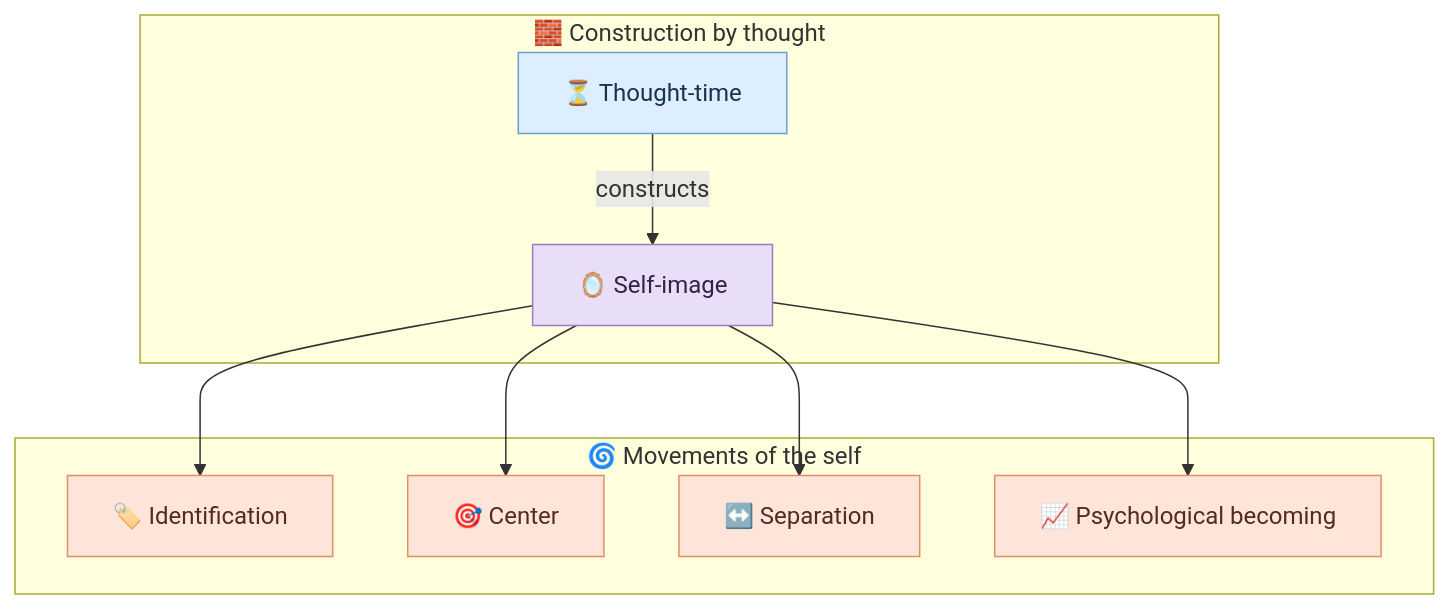
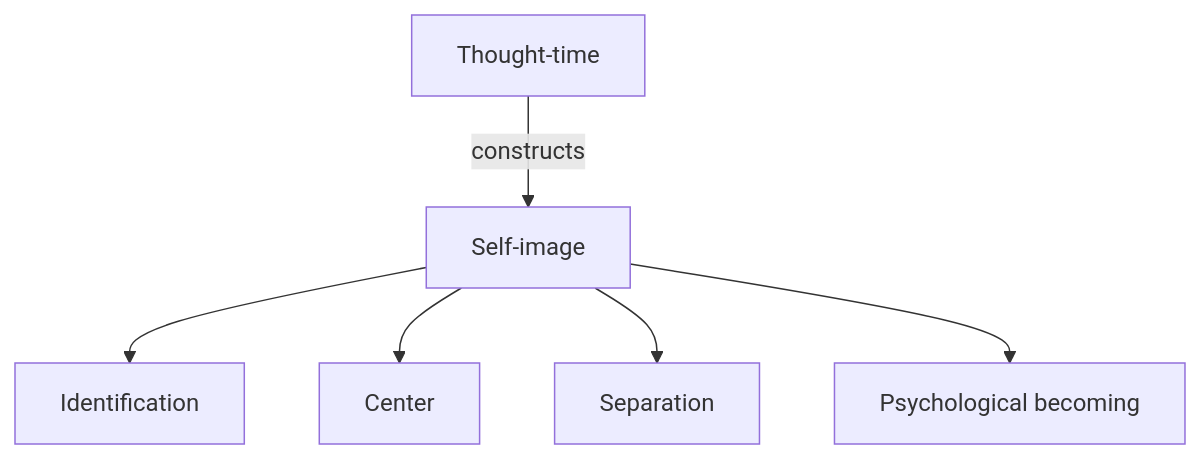
One commit to enogrob/enogrob.github.io changed the fourth of 8 diagrams in _posts/2026-09-08-architecture-of-the-mind-krishnamurti.md. Above: the diagram before and after it, drawn with Mermaid. The commit also changed other lines of this file and 3 other files, not shown here.

````diff
--- a/_posts/2026-09-08-architecture-of-the-mind-krishnamurti.md
+++ b/_posts/2026-09-08-architecture-of-the-mind-krishnamurti.md
@@ -209,20 +112,8 @@
 ```mermaid!
 flowchart TD
-    subgraph CONSTRUCTION["🧱 Construction by thought"]
-      T["⏳ Thought-time"] -->|constructs| S["🪞 Self-image"]
-    end
-
-    subgraph MOVEMENTS["🌀 Movements of the self"]
-      S --> I["🏷️ Identification"]
-      S --> C["🎯 Center"]
-      S --> D["↔️ Separation"]
-      S --> B["📈 Psychological becoming"]
-    end
-
-    classDef source fill:#dceeff,stroke:#6b9fd1,color:#18344d
-    classDef self fill:#e8def8,stroke:#9b7bc4,color:#332348
-    classDef movement fill:#ffe5d9,stroke:#e28c68,color:#542b1f
-    class T source
-    class S self
-    class I,C,D,B movement
+    T["Thought-time"] -->|constructs| S["Self-image"]
+    S --> I["Identification"]
+    S --> C["Center"]
+    S --> D["Separation"]
+    S --> B["Psychological becoming"]
 ```
````
